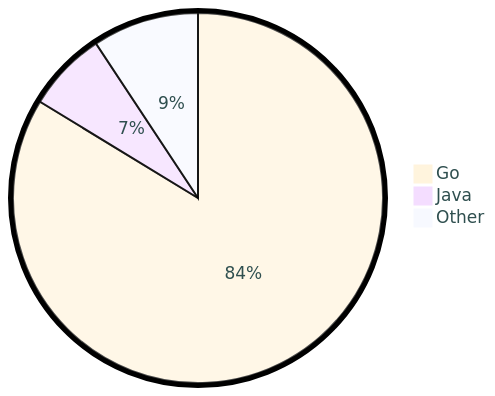
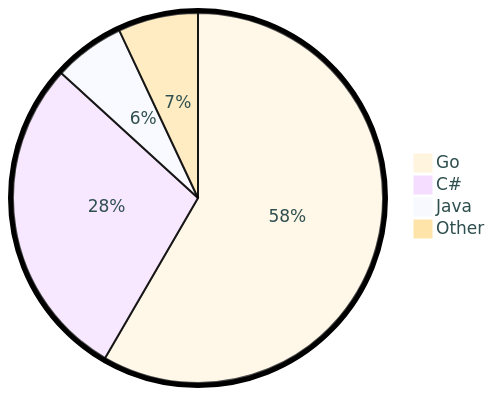
The diagram in README.md (tot0p/tot0p), drawn with Mermaid before and after one commit. The commit also changed other lines of this file, not shown here.

````diff
--- a/README.md
+++ b/README.md
@@ -78,7 +79,8 @@
 ```mermaid
 %%{init: {"pie": {"textPosition": 0.5}, "themeVariables": {"pieOuterStrokeWidth": "5px","primaryTextColor" : "#2F4F4F"},"theme":"base"} }%%
 pie
-	"Go": 83.71
-	"Java": 7.0
-	"Other": 9.289999999999997
+	"Go": 58.37
+	"C#": 28.41
+	"Java": 6.23
+	"Other": 6.989999999999999
 ```
````
